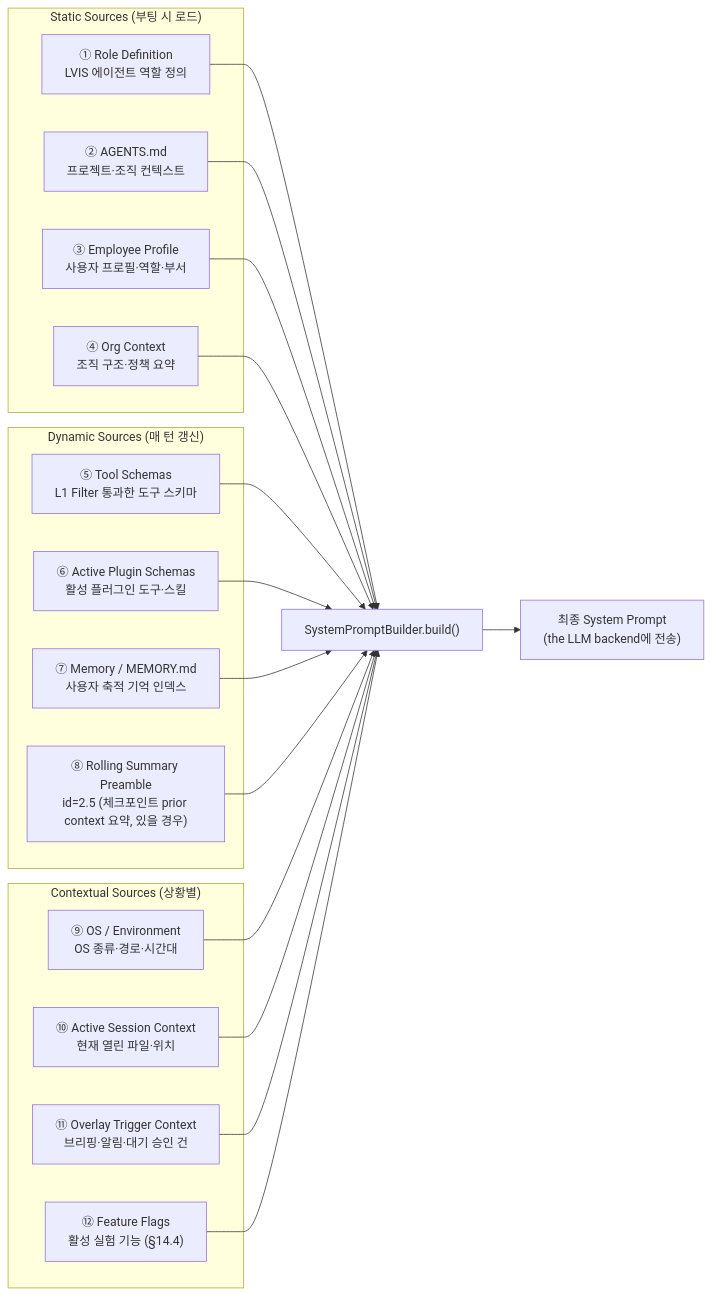
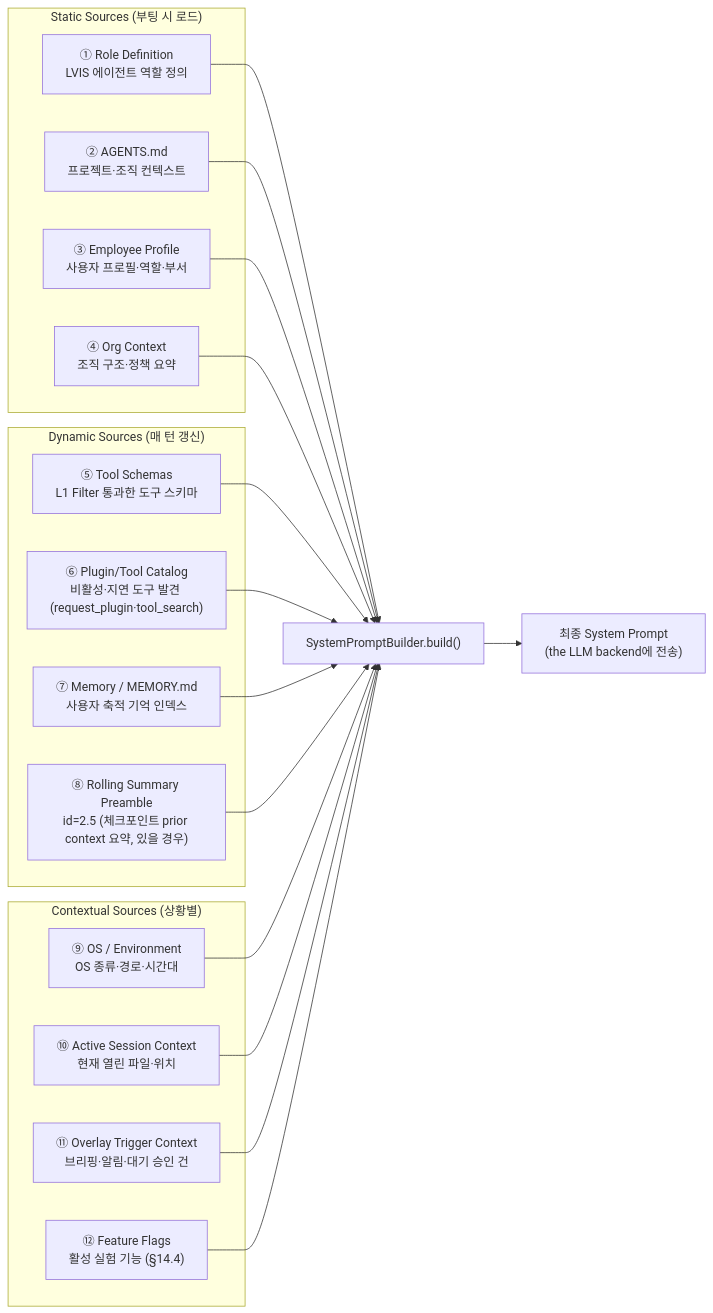
One commit to lvis-project/lvis-app changed diagram 14 of 44 in docs/architecture/architecture.md. Above: the diagram before and after it, drawn with Mermaid. The commit also changed other lines of this file, not shown here.

Commit message:
docs(architecture): retire Source ⑥ <active-plugins> in §4.5.9 source table
Cluster-review (critic) MINOR: architecture.md still documented the removed
Source 6. Repurpose the ⑥ slot to the real current mechanism — Plugin/Tool
Catalog (inactive-plugin catalog + tool_search deferred-tool discovery);
active plugin tool schemas are covered by ⑤. Keeps ①–⑫ numbering stable.

````diff
--- a/docs/architecture/architecture.md
+++ b/docs/architecture/architecture.md
@@ -1000,38 +1000,38 @@
 ```mermaid
 flowchart LR
     subgraph "Static Sources (부팅 시 로드)"
         S1["① Role Definition<br/>LVIS 에이전트 역할 정의"]
         S2["② AGENTS.md<br/>프로젝트·조직 컨텍스트"]
         S3["③ Employee Profile<br/>사용자 프로필·역할·부서"]
         S4["④ Org Context<br/>조직 구조·정책 요약"]
     end
 
     subgraph "Dynamic Sources (매 턴 갱신)"
         S5["⑤ Tool Schemas<br/>L1 Filter 통과한 도구 스키마"]
-        S6["⑥ Active Plugin Schemas<br/>활성 플러그인 도구·스킬"]
+        S6["⑥ Plugin/Tool Catalog<br/>비활성·지연 도구 발견 (request_plugin·tool_search)"]
         S7["⑦ Memory / MEMORY.md<br/>사용자 축적 기억 인덱스"]
         S8["⑧ Rolling Summary Preamble<br/>id=2.5 (체크포인트 prior context 요약, 있을 경우)"]
     end
 
     subgraph "Contextual Sources (상황별)"
         S9["⑨ OS / Environment<br/>OS 종류·경로·시간대"]
         S10["⑩ Active Session Context<br/>현재 열린 파일·위치"]
         S11["⑪ Overlay Trigger Context<br/>브리핑·알림·대기 승인 건"]
         S12["⑫ Feature Flags<br/>활성 실험 기능 (§14.4)"]
     end
 
     S1 --> BUILD["SystemPromptBuilder.build()"]
     S2 --> BUILD
     S3 --> BUILD
     S4 --> BUILD
     S5 --> BUILD
     S6 --> BUILD
     S7 --> BUILD
     S8 --> BUILD
     S9 --> BUILD
     S10 --> BUILD
     S11 --> BUILD
     S12 --> BUILD
 
     BUILD --> PROMPT["최종 System Prompt<br/>(the LLM backend에 전송)"]
 ```
````
